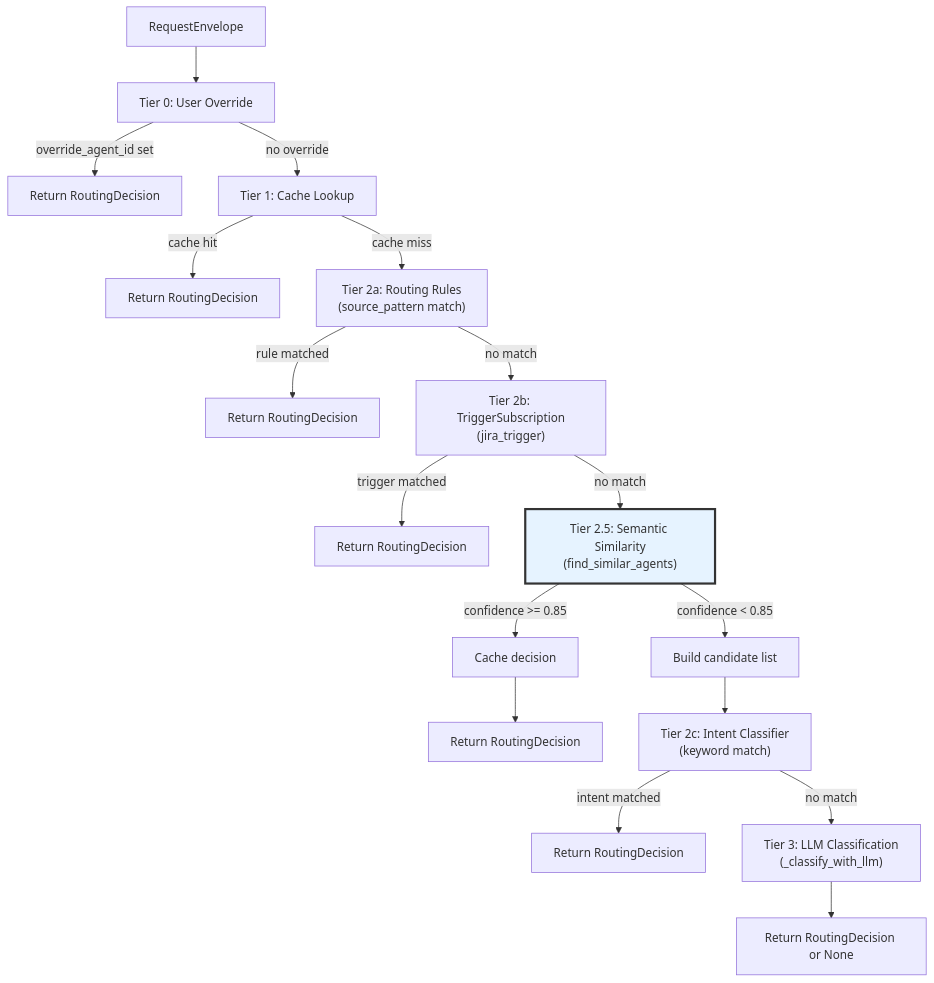
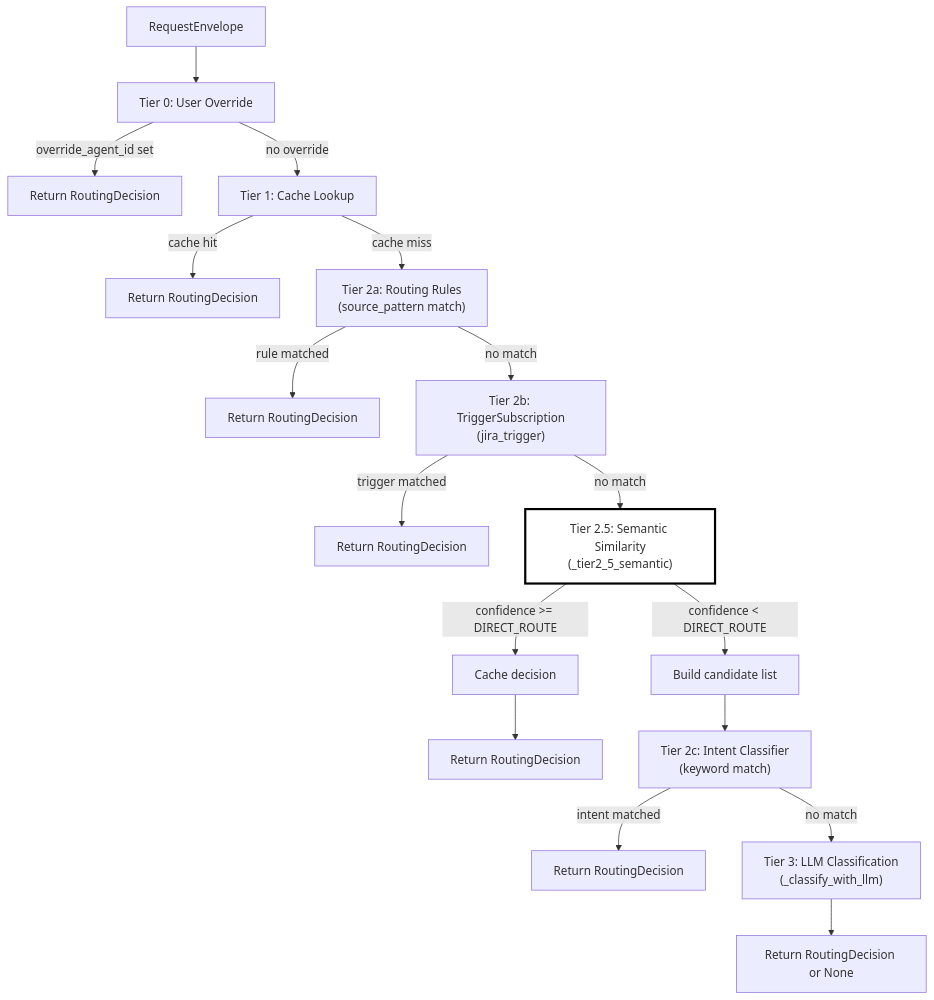
Before and after one commit to AutomatosAI/automatos-ai: the first of 4 diagrams in docs/universal-router/tier-25-semantic-similarity.md, drawn with Mermaid. The commit also changed other lines of this file and 149 other files, not shown here.

Commit message:
docs: refresh documentation with graphify semantic scan

````diff
--- a/docs/universal-router/tier-25-semantic-similarity.md
+++ b/docs/universal-router/tier-25-semantic-similarity.md
@@ -40,28 +54,28 @@
 ```mermaid
 flowchart TD
     Start["RequestEnvelope"] --> T0["Tier 0: User Override"]
     T0 -->|"override_agent_id set"| Decision1["Return RoutingDecision"]
     T0 -->|"no override"| T1["Tier 1: Cache Lookup"]
     
     T1 -->|"cache hit"| Decision2["Return RoutingDecision"]
     T1 -->|"cache miss"| T2a["Tier 2a: Routing Rules<br/>(source_pattern match)"]
     
     T2a -->|"rule matched"| Decision3["Return RoutingDecision"]
     T2a -->|"no match"| T2b["Tier 2b: TriggerSubscription<br/>(jira_trigger)"]
     
     T2b -->|"trigger matched"| Decision4["Return RoutingDecision"]
-    T2b -->|"no match"| T25["Tier 2.5: Semantic Similarity<br/>(find_similar_agents)"]
+    T2b -->|"no match"| T25["Tier 2.5: Semantic Similarity<br/>(_tier2_5_semantic)"]
     
-    T25 -->|"confidence >= 0.85"| CachePut["Cache decision"]
+    T25 -->|"confidence >= DIRECT_ROUTE"| CachePut["Cache decision"]
     CachePut --> Decision5["Return RoutingDecision"]
     
-    T25 -->|"confidence < 0.85"| Candidates["Build candidate list"]
+    T25 -->|"confidence < DIRECT_ROUTE"| Candidates["Build candidate list"]
     Candidates --> T2c["Tier 2c: Intent Classifier<br/>(keyword match)"]
     
     T2c -->|"intent matched"| Decision6["Return RoutingDecision"]
     T2c -->|"no match"| T3["Tier 3: LLM Classification<br/>(_classify_with_llm)"]
     
     T3 --> Decision7["Return RoutingDecision or None"]
     
-    style T25 fill:#e6f3ff,stroke:#333,stroke-width:3px
+    style T25 fill:#ffffff,stroke:#000000,stroke-width:3px
 ```
````
